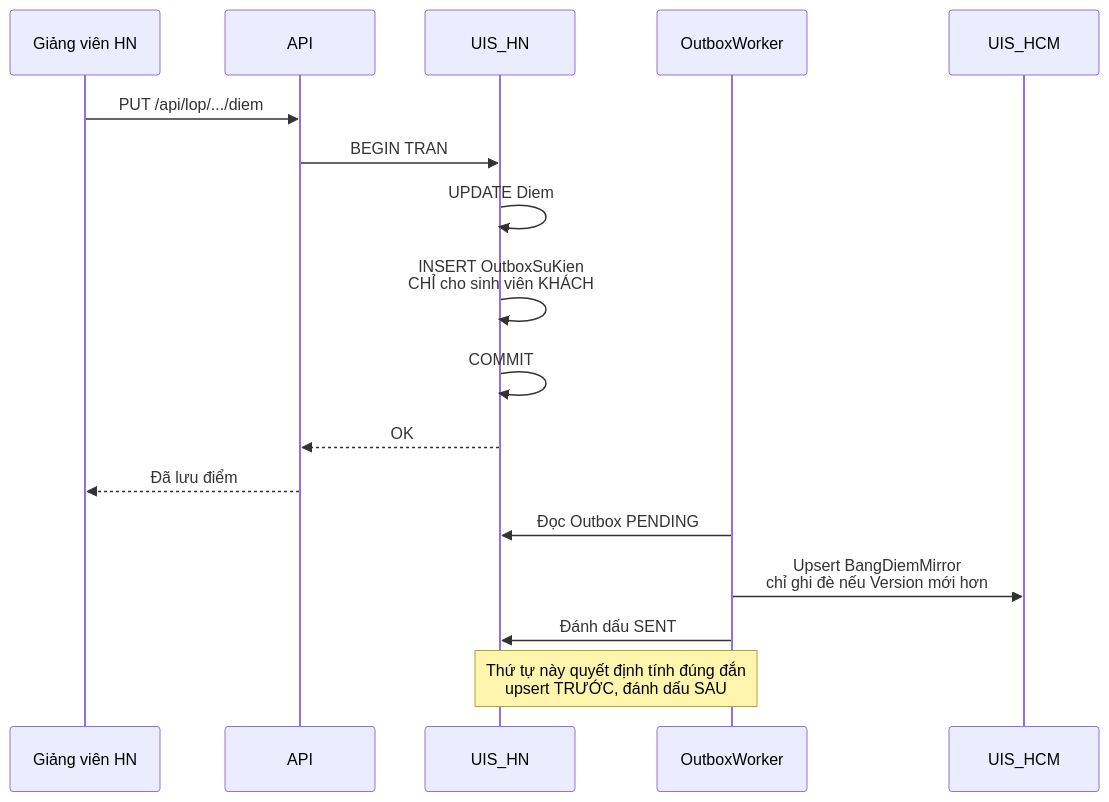
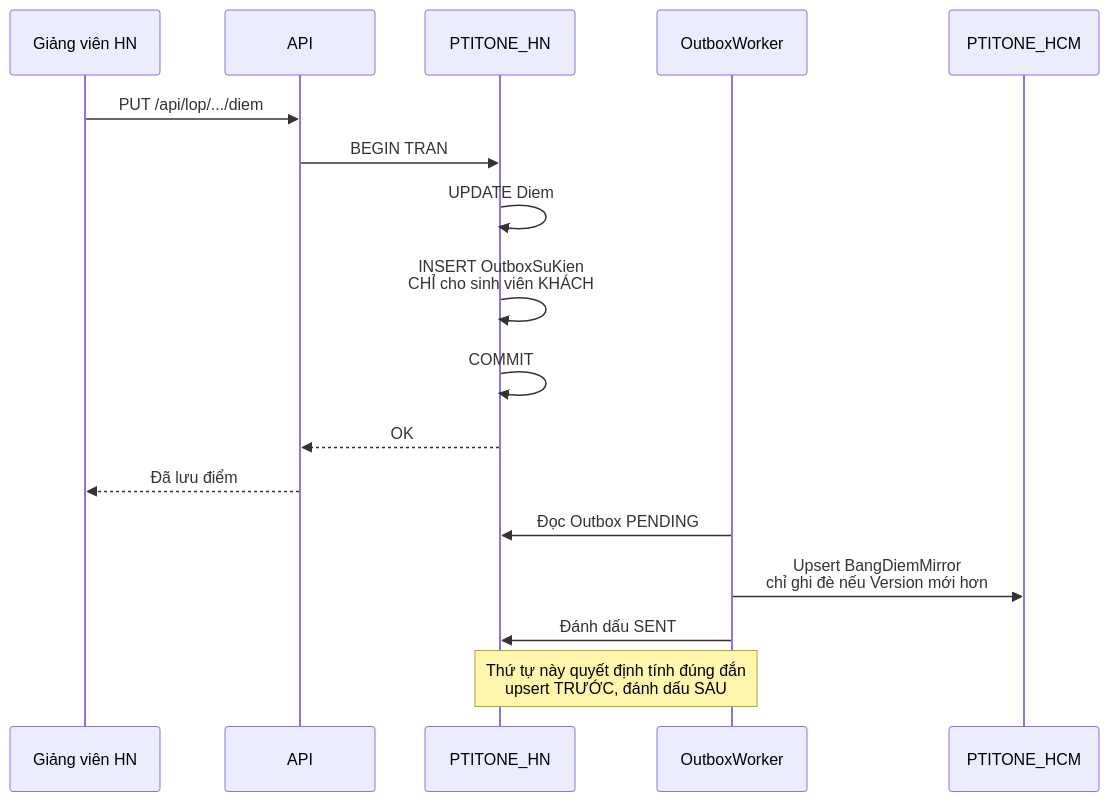
One commit to khangdzvl050623/PTIT-One changed the seventh of 9 diagrams in README.md. Above: the diagram before and after it, drawn with Mermaid. The commit also changed other lines of this file and 8 other files, not shown here.

First line of the commit message:
feat(db): hạ tầng replication dùng lại được, chưa phụ thuộc schema

````diff
--- a/README.md
+++ b/README.md
@@ -258,21 +258,21 @@
 ```mermaid
 sequenceDiagram
     participant GV as Giảng viên HN
     participant API as API
-    participant HN as UIS_HN
+    participant HN as PTITONE_HN
     participant W as OutboxWorker
-    participant HCM as UIS_HCM
+    participant HCM as PTITONE_HCM
 
     GV->>API: PUT /api/lop/.../diem
     API->>HN: BEGIN TRAN
     HN->>HN: UPDATE Diem
     HN->>HN: INSERT OutboxSuKien<br/>CHỈ cho sinh viên KHÁCH
     HN->>HN: COMMIT
     HN-->>API: OK
     API-->>GV: Đã lưu điểm
 
     W->>HN: Đọc Outbox PENDING
     W->>HCM: Upsert BangDiemMirror<br/>chỉ ghi đè nếu Version mới hơn
     W->>HN: Đánh dấu SENT
     Note over W,HN: Thứ tự này quyết định tính đúng đắn<br/>upsert TRƯỚC, đánh dấu SAU
 ```
````
